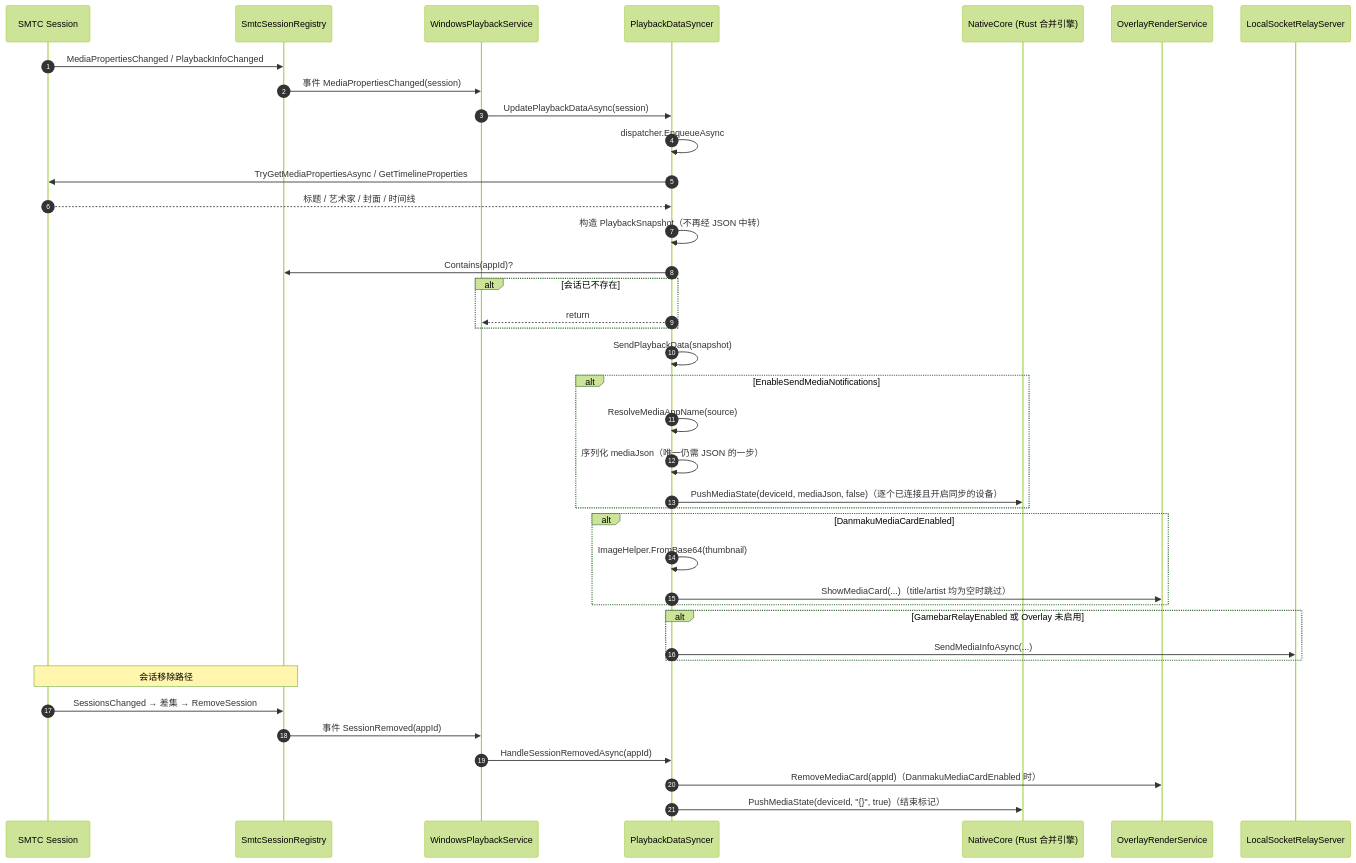
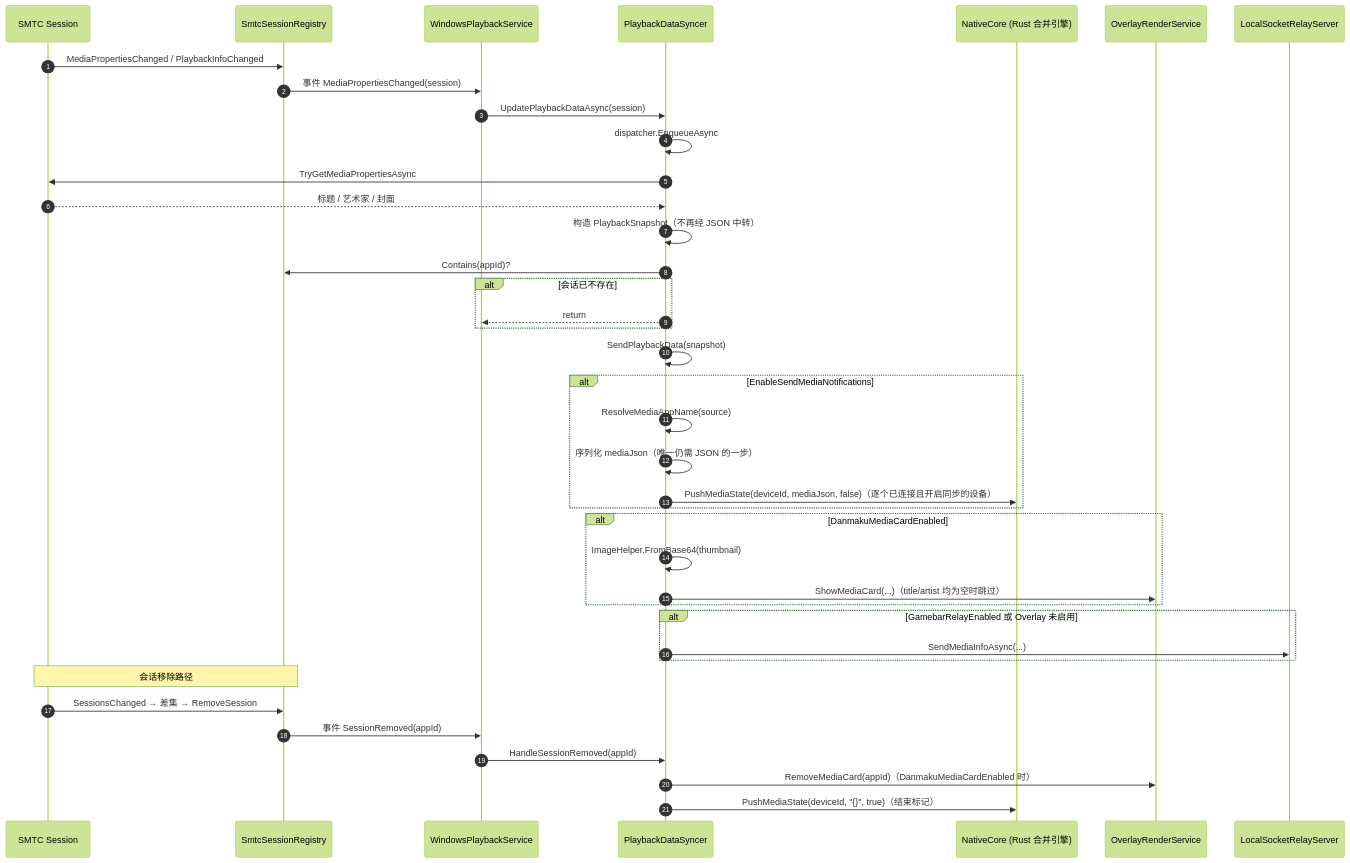
Before and after one commit to NotifyRelay/Windows: the third of 4 diagrams in Docs/WindowsPlaybackServiceSplitPlan.md, drawn with Mermaid (forest theme). The commit also changed other lines of this file, not shown here.

First line of the commit message:
docs(analysis): 同步拆分计划时序图与验收标准至实际实现

````diff
--- a/Docs/WindowsPlaybackServiceSplitPlan.md
+++ b/Docs/WindowsPlaybackServiceSplitPlan.md
@@ -308,43 +310,43 @@
 ```mermaid
 sequenceDiagram
     autonumber
     participant SMTC as SMTC Session
     participant Reg as SmtcSessionRegistry
     participant Svc as WindowsPlaybackService
     participant Sync as PlaybackDataSyncer
     participant Core as NativeCore (Rust 合并引擎)
     participant Overlay as OverlayRenderService
     participant Gamebar as LocalSocketRelayServer
 
     SMTC->>Reg: MediaPropertiesChanged / PlaybackInfoChanged
     Reg->>Svc: 事件 MediaPropertiesChanged(session)
     Svc->>Sync: UpdatePlaybackDataAsync(session)
     Sync->>Sync: dispatcher.EnqueueAsync
-    Sync->>SMTC: TryGetMediaPropertiesAsync / GetTimelineProperties
-    SMTC-->>Sync: 标题 / 艺术家 / 封面 / 时间线
+    Sync->>SMTC: TryGetMediaPropertiesAsync
+    SMTC-->>Sync: 标题 / 艺术家 / 封面
     Sync->>Sync: 构造 PlaybackSnapshot（不再经 JSON 中转）
     Sync->>Reg: Contains(appId)?
     alt 会话已不存在
         Sync-->>Svc: return
     end
     Sync->>Sync: SendPlaybackData(snapshot)
     alt EnableSendMediaNotifications
         Sync->>Sync: ResolveMediaAppName(source)
         Sync->>Sync: 序列化 mediaJson（唯一仍需 JSON 的一步）
         Sync->>Core: PushMediaState(deviceId, mediaJson, false)（逐个已连接且开启同步的设备）
     end
     alt DanmakuMediaCardEnabled
         Sync->>Sync: ImageHelper.FromBase64(thumbnail)
         Sync->>Overlay: ShowMediaCard(...)（title/artist 均为空时跳过）
     end
     alt GamebarRelayEnabled 或 Overlay 未启用
         Sync->>Gamebar: SendMediaInfoAsync(...)
     end
 
     Note over SMTC,Reg: 会话移除路径
     SMTC->>Reg: SessionsChanged → 差集 → RemoveSession
     Reg->>Svc: 事件 SessionRemoved(appId)
-    Svc->>Sync: HandleSessionRemovedAsync(appId)
+    Svc->>Sync: HandleSessionRemoved(appId)
     Sync->>Overlay: RemoveMediaCard(appId)（DanmakuMediaCardEnabled 时）
     Sync->>Core: PushMediaState(deviceId, "{}", true)（结束标记）
 ```
````
